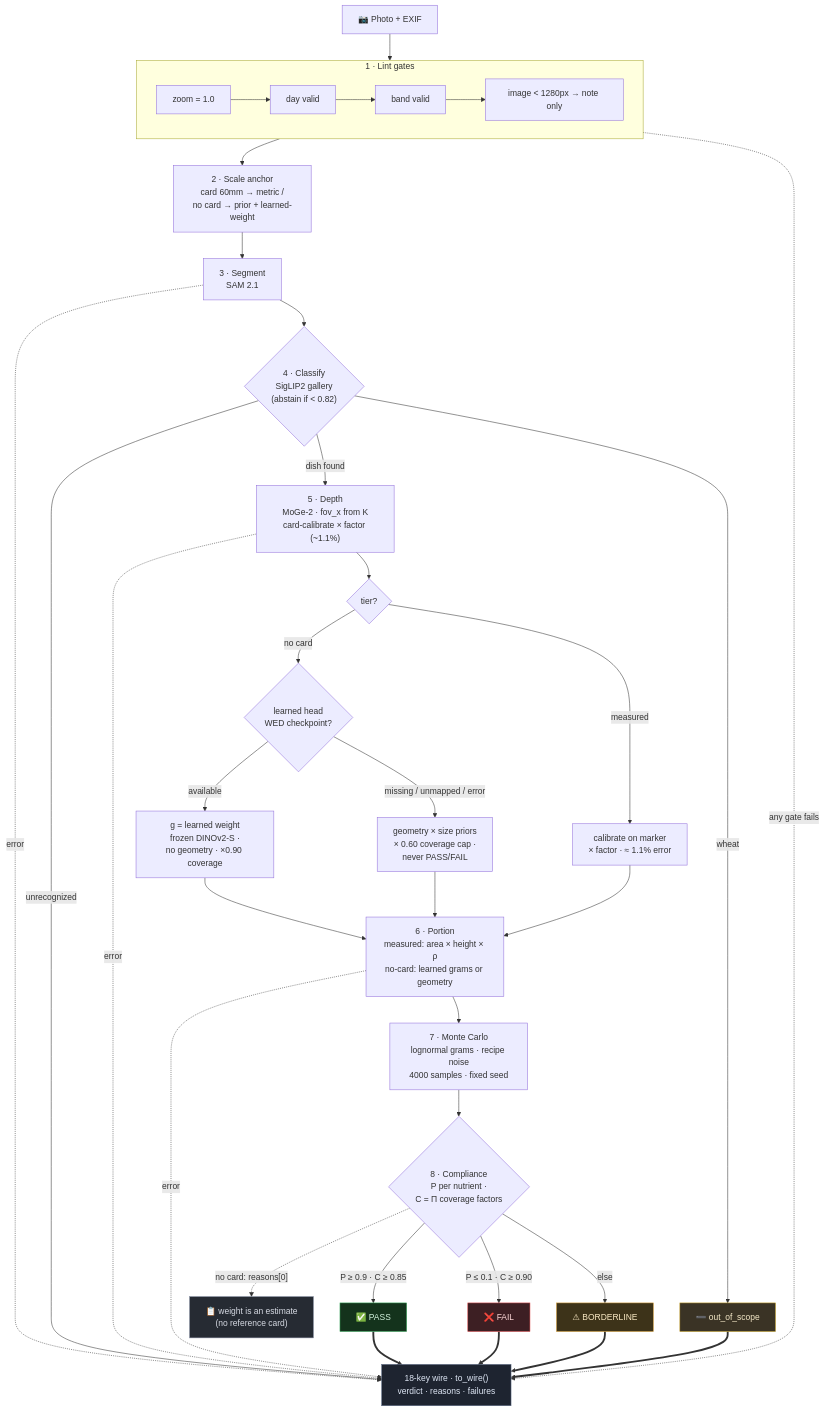
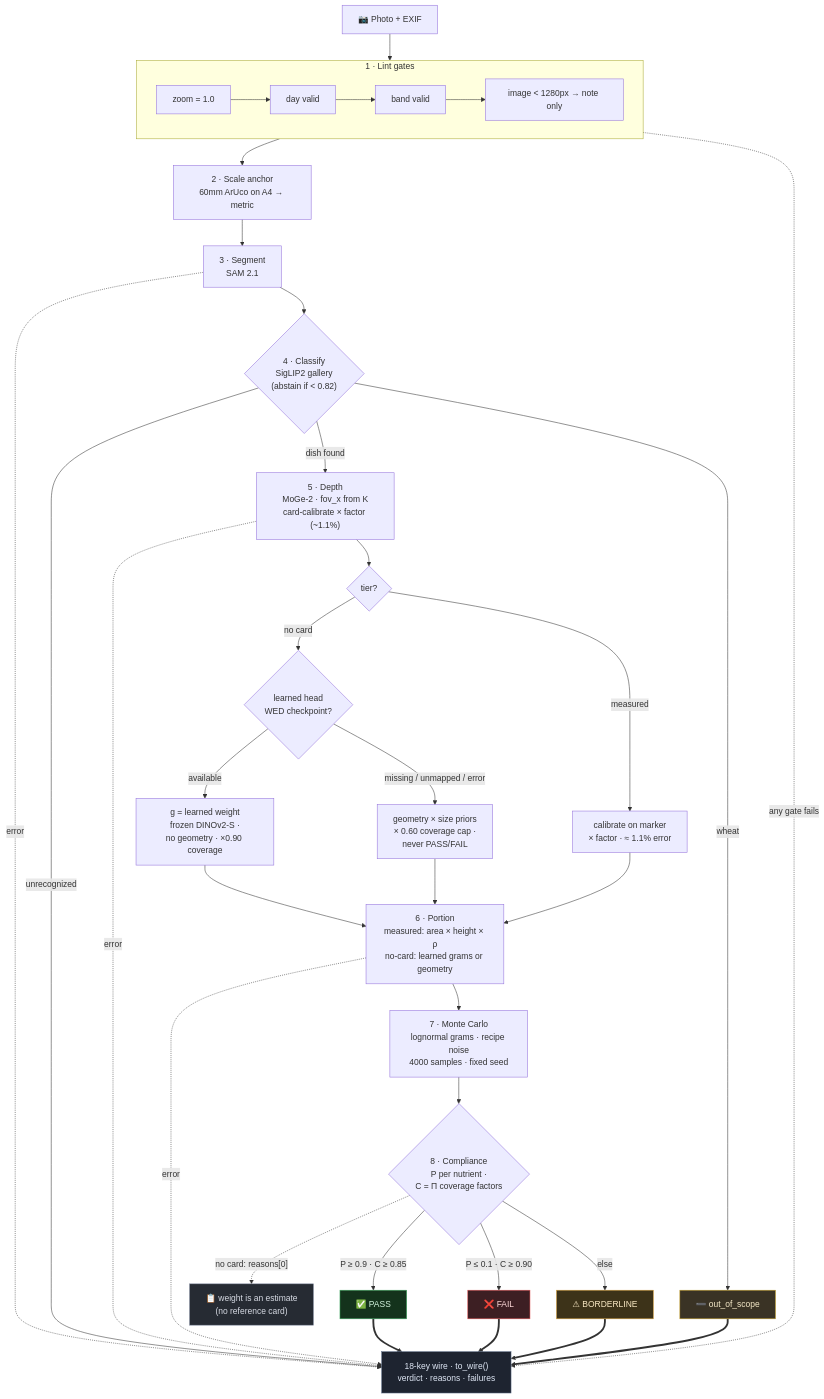
Before and after one commit to Lion4467cat/NutriSense: the diagram in README.md, drawn with Mermaid. The commit also changed other lines of this file and 37 other files, not shown here.

````diff
--- a/README.md
+++ b/README.md
@@ -36,55 +36,55 @@
 ```mermaid
 flowchart TD
     IMG["📷 Photo + EXIF"] --> L1
 
     subgraph LINT["1 · Lint gates"]
         direction LR
         L1["zoom = 1.0"] --> L2["day valid"] --> L3["band valid"]
         L3 --> L4["image < 1280px → note only"]
     end
 
     LINT -.->|"any gate fails"| WIRE
-    L4 --> A["2 · Scale anchor<br/>card 60mm → metric /<br/>no card → prior + learned-weight"]
+    L4 --> A["2 · Scale anchor<br/>60mm ArUco on A4 → metric"]
 
     A --> SEG["3 · Segment<br/>SAM 2.1"]
     SEG -.->|error| WIRE
     SEG --> CLS{"4 · Classify<br/>SigLIP2 gallery<br/>(abstain if < 0.82)"}
     CLS -->|"unrecognized"| WIRE
     CLS -->|wheat| OOS["➖ out_of_scope"]
     CLS -->|dish found| DEPTH["5 · Depth<br/>MoGe-2 · fov_x from K<br/>card-calibrate × factor (~1.1%)"]
     DEPTH -.->|error| WIRE
     DEPTH --> TIER{"tier?"}
     TIER -->|measured| CAL["calibrate on marker<br/>× factor · ≈ 1.1% error"]
     TIER -->|no card| HEAD{"learned head<br/>WED checkpoint?"}
     HEAD -->|available| LEARN["g = learned weight<br/>frozen DINOv2-S ·<br/>no geometry · ×0.90 coverage"]
     HEAD -->|missing / unmapped / error| NOCAL["geometry × size priors<br/>× 0.60 coverage cap ·<br/>never PASS/FAIL"]
     LEARN --> PORT
     NOCAL --> PORT
     CAL --> PORT["6 · Portion<br/>measured: area × height × ρ<br/>no-card: learned grams or geometry"]
     PORT -.->|error| WIRE
     PORT --> MC["7 · Monte Carlo<br/>lognormal grams · recipe noise<br/>4000 samples · fixed seed"]
 
     MC --> VER{"8 · Compliance<br/>P per nutrient ·<br/>C = Π coverage factors"}
     VER -->|"P ≥ 0.9 · C ≥ 0.85"| PASS["✅ PASS"]
     VER -->|"P ≤ 0.1 · C ≥ 0.90"| FAIL["❌ FAIL"]
     VER -->|else| BORD["⚠ BORDERLINE"]
     VER -.->|"no card: reasons[0]"| DISC["📋 weight is an estimate<br/>(no reference card)"]
 
     PASS ==> WIRE["18-key wire · to_wire()<br/>verdict · reasons · failures"]
     FAIL ==> WIRE
     BORD ==> WIRE
     OOS ==> WIRE
 
     classDef err fill:#3d1f23,stroke:#e05252,color:#ffd9d9
     classDef oos fill:#3a3325,stroke:#c9a227,color:#f5e9c8
     classDef ok fill:#14331c,stroke:#3fae62,color:#d4f5df
     classDef warn fill:#3d3319,stroke:#d9a13a,color:#fae9c4
     classDef wire fill:#1e2430,stroke:#5b6b85,color:#dfe7f5
     classDef neutral fill:#262b33,stroke:#8b93a7,color:#d7dbe4
     class OOS oos
     class PASS ok
     class FAIL err
     class BORD warn
     class DISC neutral
     class WIRE wire
 ```
````
